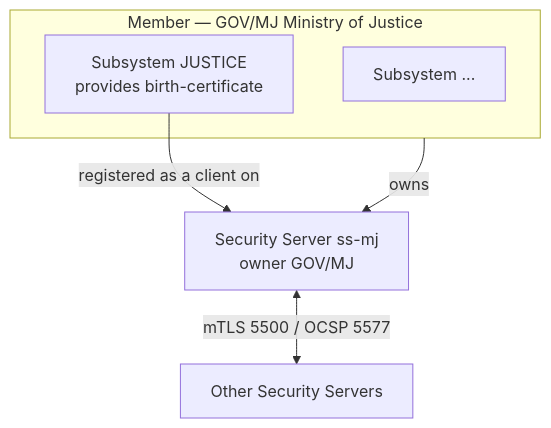
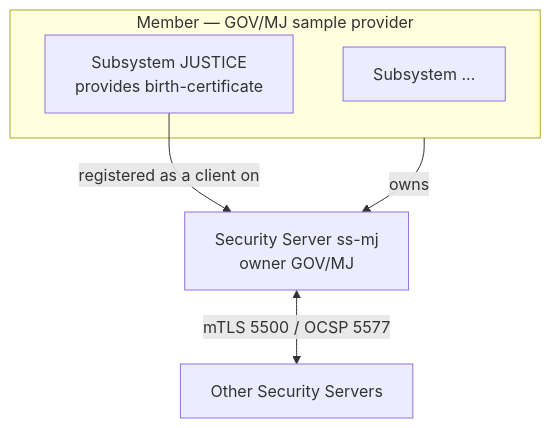
The first of 2 diagrams in docs/concepts.md (paulo-amaral/xroad-simulator), drawn with Mermaid before and after one commit. The commit also changed other lines of this file and 13 other files, not shown here.

````diff
--- a/docs/concepts.md
+++ b/docs/concepts.md
@@ -15,11 +15,11 @@
 ```mermaid
 graph TB
-  subgraph M[Member — GOV/MJ Ministry of Justice]
+  subgraph M[Member — GOV/MJ sample provider]
     SUB1[Subsystem JUSTICE<br/>provides birth-certificate]
     SUB2[Subsystem ...]
   end
   SS[Security Server ss-mj<br/>owner GOV/MJ]
   M -->|owns| SS
   SUB1 -->|registered as a client on| SS
   SS <-->|mTLS 5500 / OCSP 5577| NET[Other Security Servers]
 ```
````
